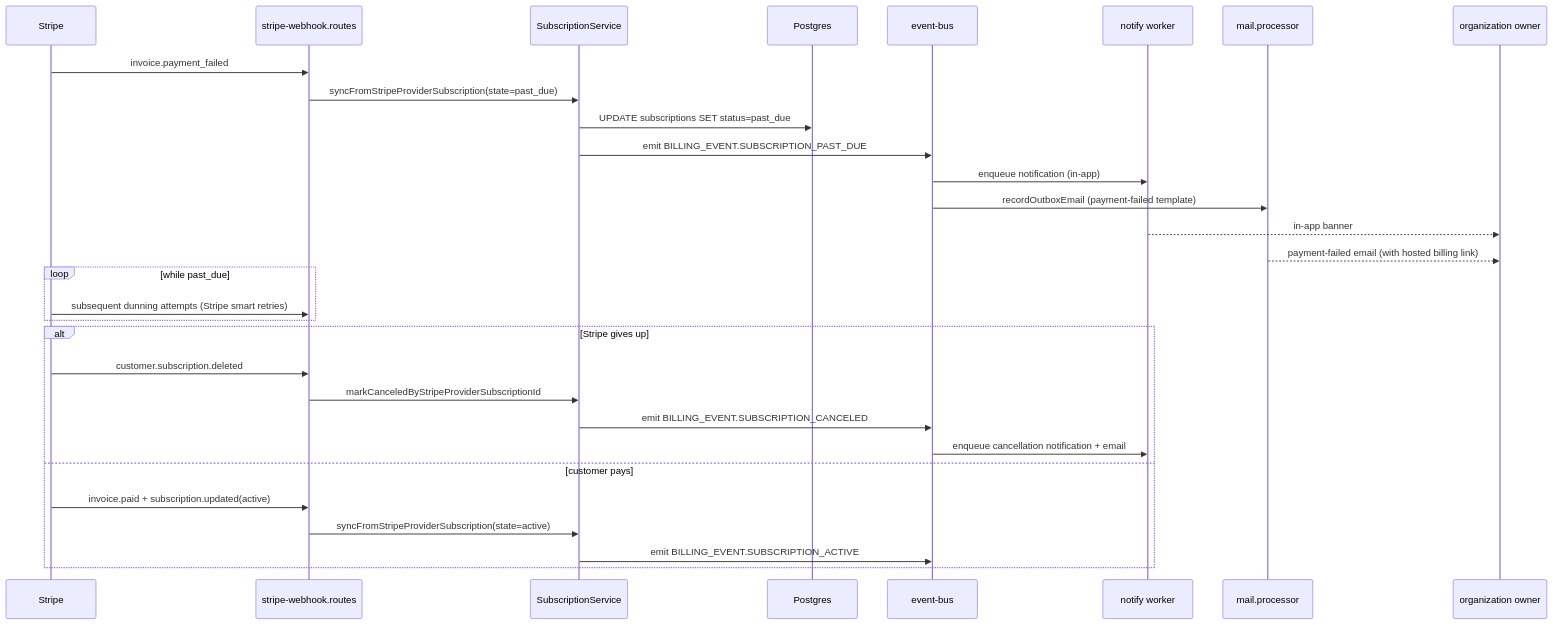
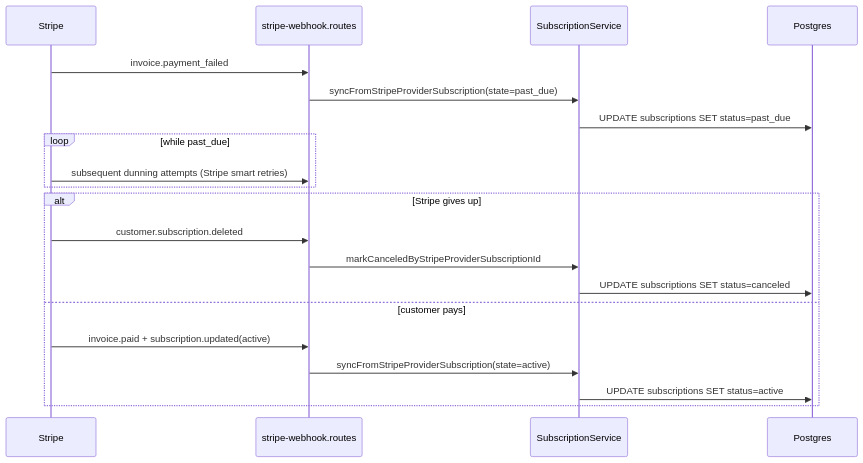
One commit to nikunjmavani/core-be changed the sixth of 6 diagrams in src/FLOWS.md. Above: the diagram before and after it, drawn with Mermaid. The commit also changed other lines of this file and 8 other files, not shown here.

First line of the commit message:
docs: strip the dead billing-event concept entirely (not "planned") (#895)

````diff
--- a/src/FLOWS.md
+++ b/src/FLOWS.md
@@ -289,35 +275,25 @@
 ```mermaid
 sequenceDiagram
   participant Stripe
   participant Ingest as stripe-webhook.routes
   participant Sub as SubscriptionService
   participant DB as Postgres
-  participant Bus as event-bus
-  participant Notify as notify worker
-  participant Mail as mail.processor
-  participant Org as organization owner
 
   Stripe->>Ingest: invoice.payment_failed
   Ingest->>Sub: syncFromStripeProviderSubscription(state=past_due)
   Sub->>DB: UPDATE subscriptions SET status=past_due
-  Sub->>Bus: emit BILLING_EVENT.SUBSCRIPTION_PAST_DUE
-  Bus->>Notify: enqueue notification (in-app)
-  Bus->>Mail: recordOutboxEmail (payment-failed template)
-  Notify-->>Org: in-app banner
-  Mail-->>Org: payment-failed email (with hosted billing link)
 
   loop while past_due
     Stripe->>Ingest: subsequent dunning attempts (Stripe smart retries)
   end
 
   alt Stripe gives up
     Stripe->>Ingest: customer.subscription.deleted
     Ingest->>Sub: markCanceledByStripeProviderSubscriptionId
-    Sub->>Bus: emit BILLING_EVENT.SUBSCRIPTION_CANCELED
-    Bus->>Notify: enqueue cancellation notification + email
+    Sub->>DB: UPDATE subscriptions SET status=canceled
   else customer pays
     Stripe->>Ingest: invoice.paid + subscription.updated(active)
     Ingest->>Sub: syncFromStripeProviderSubscription(state=active)
-    Sub->>Bus: emit BILLING_EVENT.SUBSCRIPTION_ACTIVE
+    Sub->>DB: UPDATE subscriptions SET status=active
   end
 ```
````
